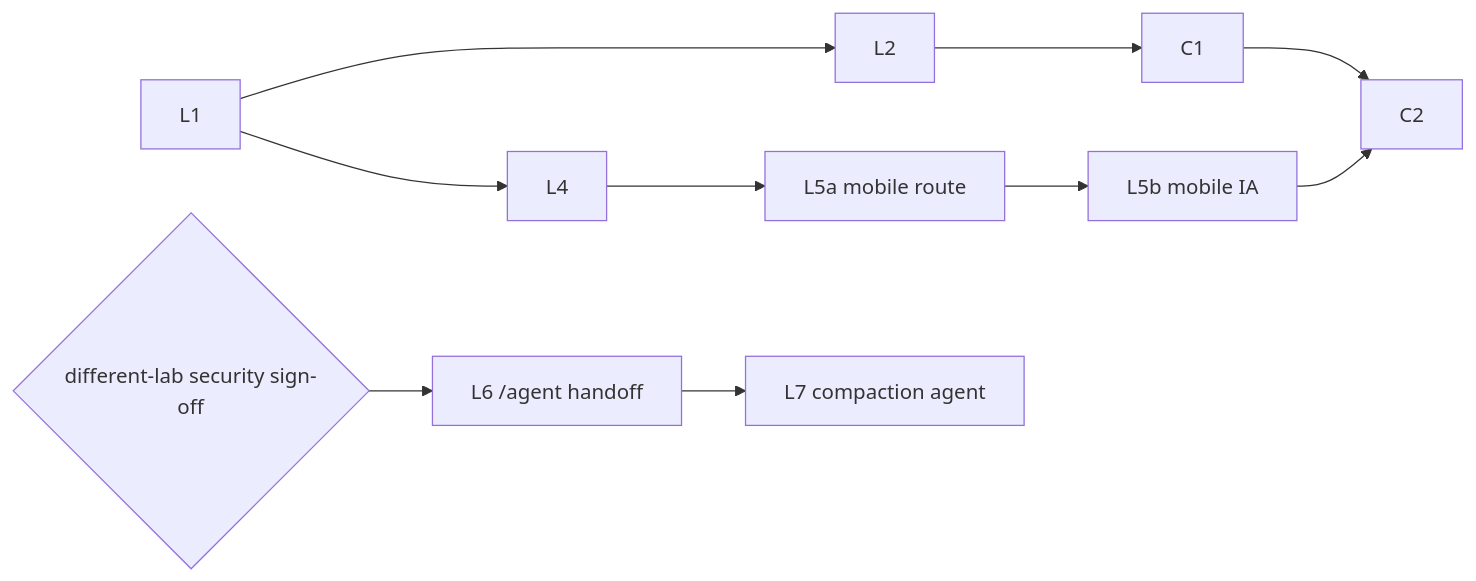
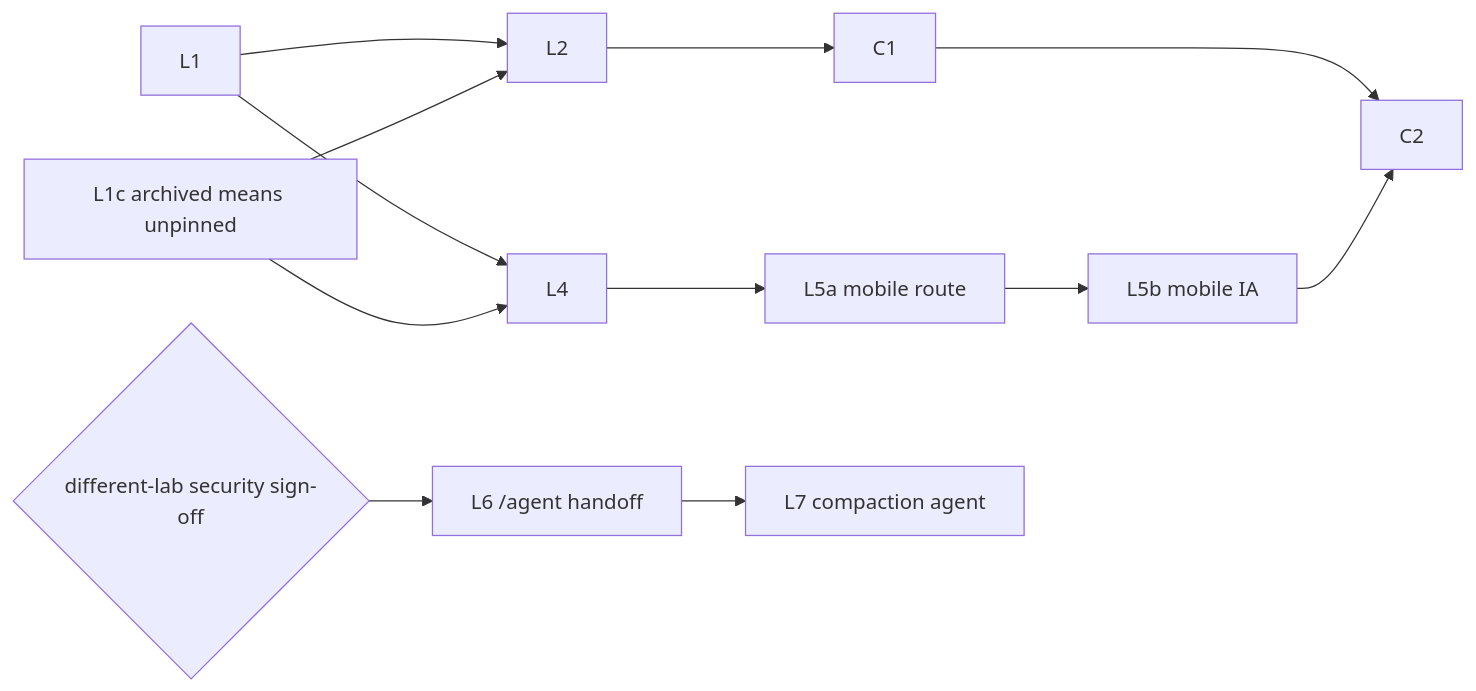
Before and after one commit to cheese-work/multica: the second of 2 diagrams in docs/designs/dm-archive-statistics-backstack.md, drawn with Mermaid. The commit also changed other lines of this file, not shown here.

Commit message:
docs(chat): add Addendum A2 for archived-DM send, unpin on archive and /unarchive (CHE-1755)

````diff
--- a/docs/designs/dm-archive-statistics-backstack.md
+++ b/docs/designs/dm-archive-statistics-backstack.md
@@ -168,12 +169,14 @@
 ```mermaid
 flowchart LR
   L1 --> L2
   L1 --> L4
   L4 --> L5a["L5a mobile route"]
   L5a --> L5b["L5b mobile IA"]
   L2 --> C1
   C1 --> C2
   L5b --> C2
+  L1c["L1c archived means unpinned"] --> L2
+  L1c --> L4
   SEC{"different-lab security sign-off"} --> L6["L6 /agent handoff"]
   L6 --> L7["L7 compaction agent"]
 ```
````
